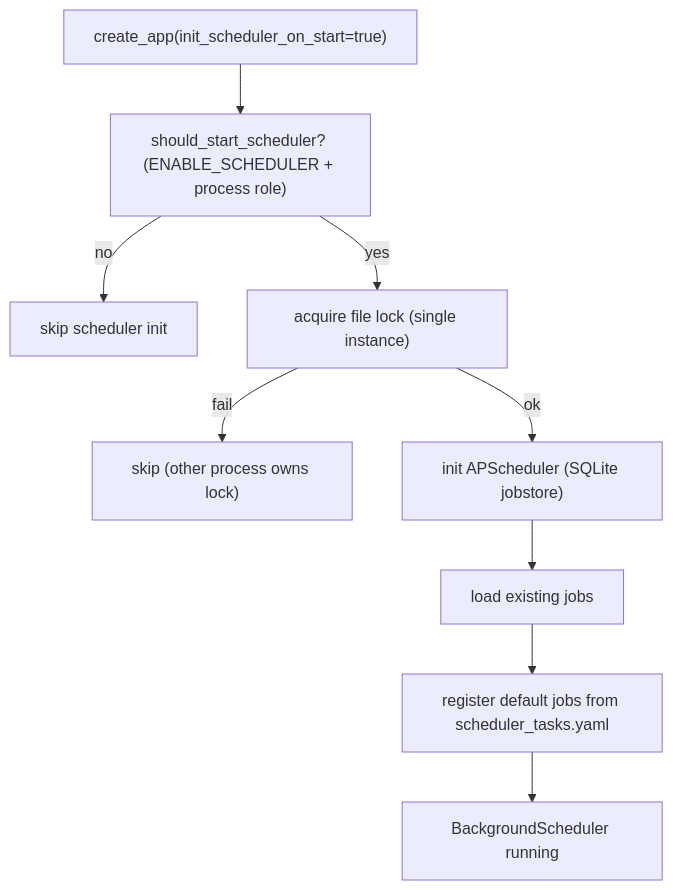
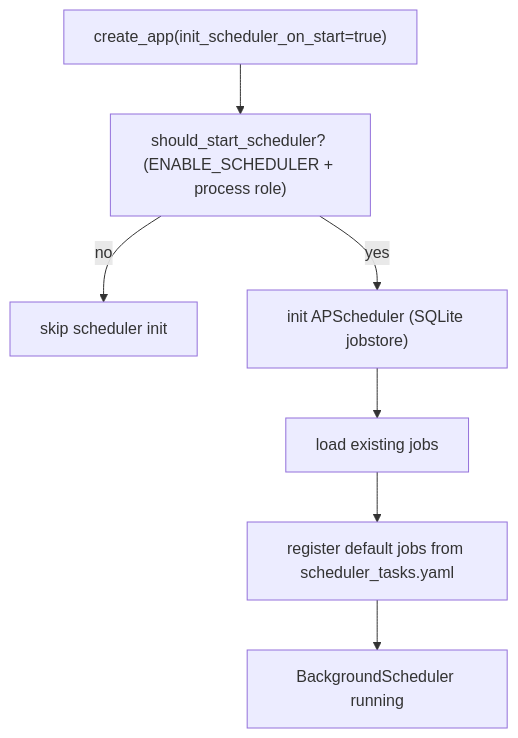
Diagram 13 of 13 in docs/Obsidian/architecture/spec.md (nyealovey/WhaleFall), drawn with Mermaid before and after one commit. The commit also changed other lines of this file and 9 other files, not shown here.

````diff
--- a/docs/Obsidian/architecture/spec.md
+++ b/docs/Obsidian/architecture/spec.md
@@ -530,11 +530,9 @@
 ```mermaid
 flowchart TD
     Start["create_app(init_scheduler_on_start=true)"] --> Should["should_start_scheduler? (ENABLE_SCHEDULER + process role)"]
     Should -->|no| Skip["skip scheduler init"]
-    Should -->|yes| Lock["acquire file lock (single instance)"]
-    Lock -->|fail| Skip2["skip (other process owns lock)"]
-    Lock -->|ok| Init["init APScheduler (SQLite jobstore)"]
+    Should -->|yes| Init["init APScheduler (SQLite jobstore)"]
     Init --> Load["load existing jobs"]
     Load --> Defaults["register default jobs from scheduler_tasks.yaml"]
     Defaults --> Run["BackgroundScheduler running"]
 ```
````
